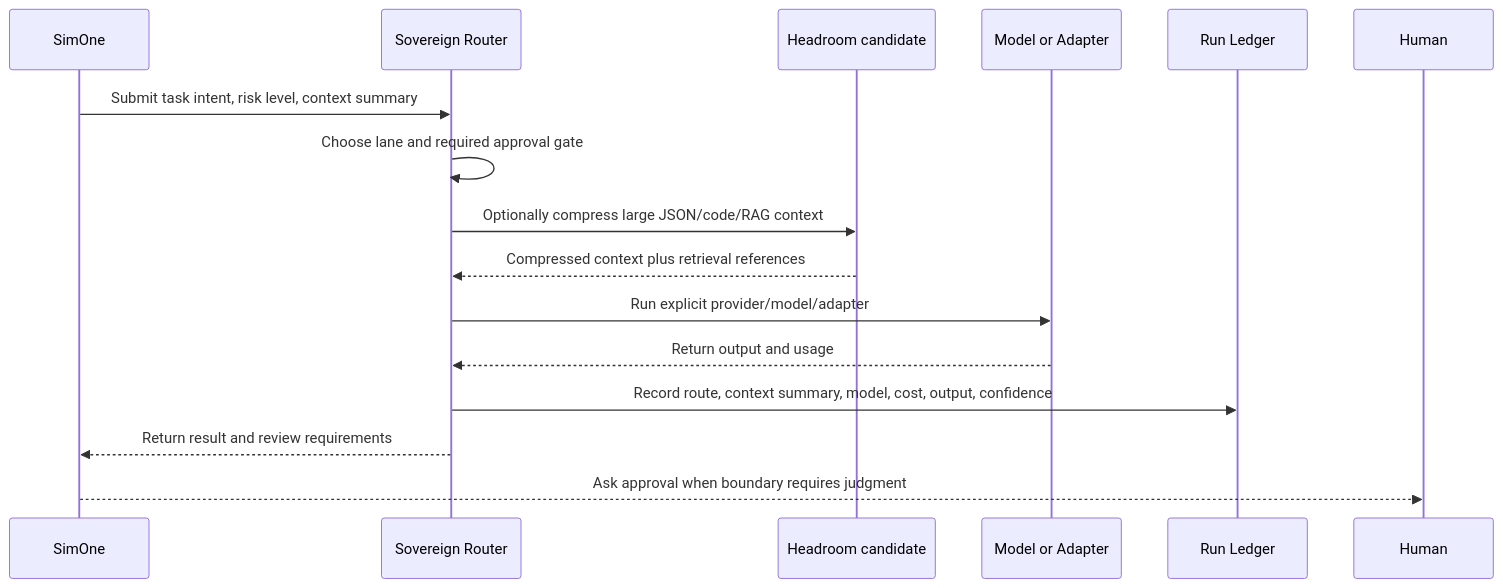
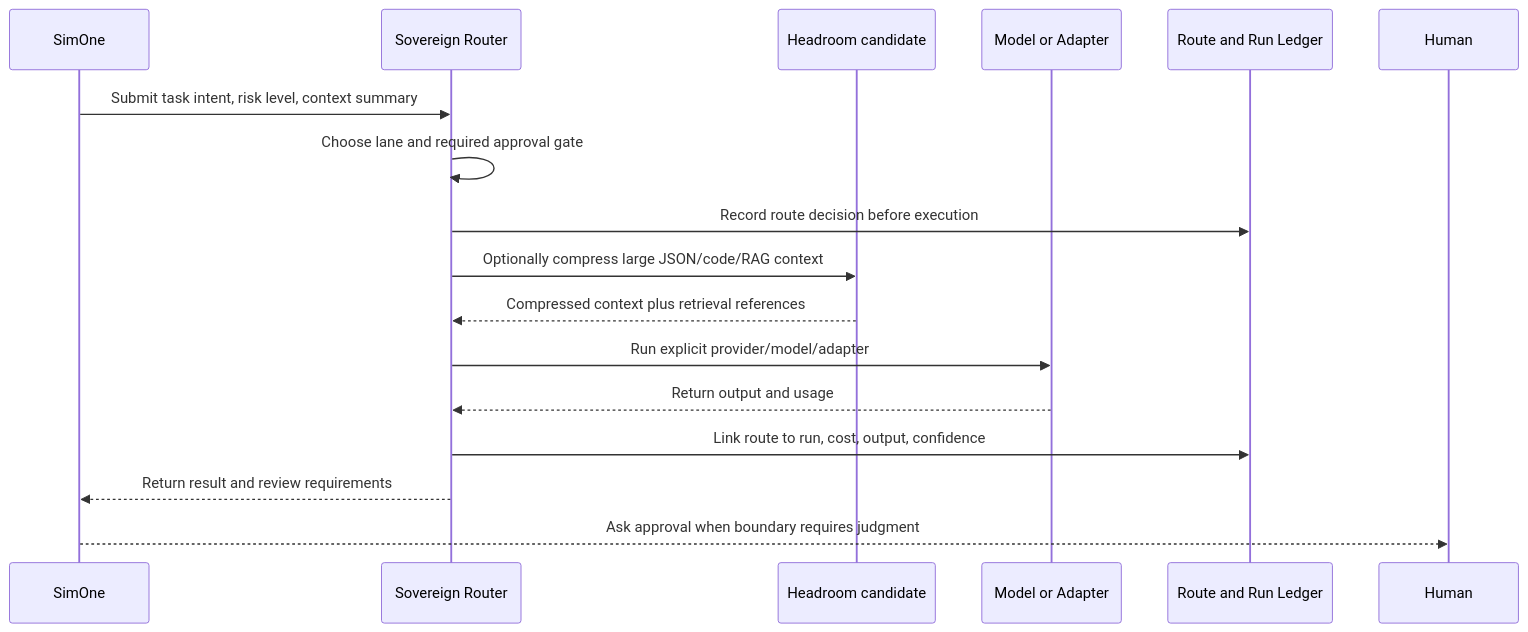
The fifth of 8 diagrams in doc/product/simone-agent-flows.md (Sistemist/SimOne-Workbench), drawn with Mermaid before and after one commit. The commit also changed other lines of this file and 13 other files, not shown here.

Commit message:
Add auditable model route decisions

````diff
--- a/doc/product/simone-agent-flows.md
+++ b/doc/product/simone-agent-flows.md
@@ -94,19 +94,20 @@
 ```mermaid
 sequenceDiagram
   participant S as SimOne
   participant R as Sovereign Router
   participant H as Headroom candidate
   participant M as Model or Adapter
-  participant L as Run Ledger
+  participant L as Route and Run Ledger
   participant U as Human
 
   S->>R: Submit task intent, risk level, context summary
   R->>R: Choose lane and required approval gate
+  R->>L: Record route decision before execution
   R->>H: Optionally compress large JSON/code/RAG context
   H-->>R: Compressed context plus retrieval references
   R->>M: Run explicit provider/model/adapter
   M-->>R: Return output and usage
-  R->>L: Record route, context summary, model, cost, output, confidence
+  R->>L: Link route to run, cost, output, confidence
   R-->>S: Return result and review requirements
   S-->>U: Ask approval when boundary requires judgment
 ```
````
